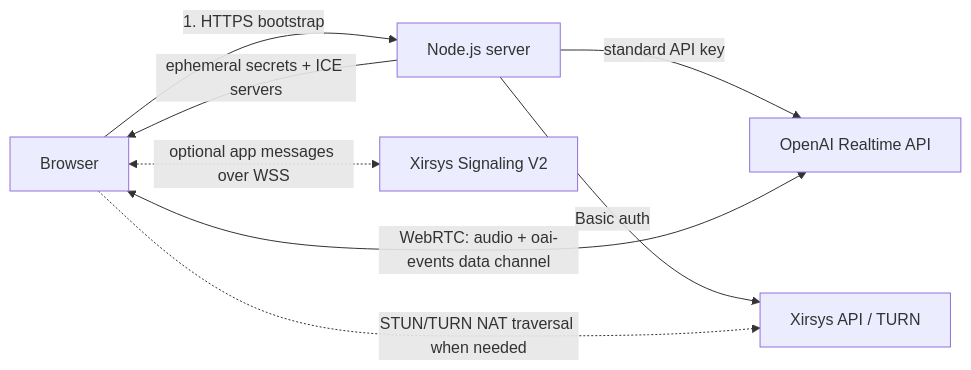
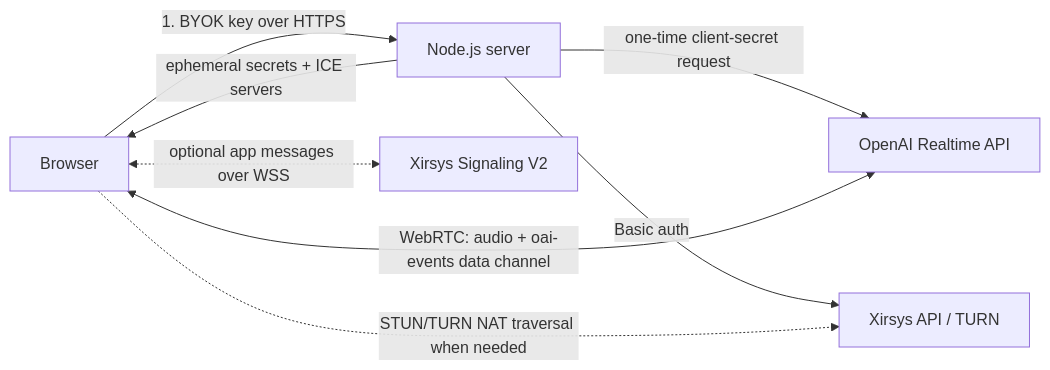
Before and after one commit to xirsys/openai-realtime-xirsys-webrtc: the diagram in README.md, drawn with Mermaid. The commit also changed other lines of this file and 7 other files, not shown here.

````diff
--- a/README.md
+++ b/README.md
@@ -29,16 +29,16 @@
 ```mermaid
 flowchart LR
     B["Browser"]
     S["Node.js server"]
     O["OpenAI Realtime API"]
     X["Xirsys API / TURN"]
     XS["Xirsys Signaling V2"]
 
-    B -- "1. HTTPS bootstrap" --> S
-    S -- "standard API key" --> O
+    B -- "1. BYOK key over HTTPS" --> S
+    S -- "one-time client-secret request" --> O
     S -- "Basic auth" --> X
     S -- "ephemeral secrets + ICE servers" --> B
     B <-->|"WebRTC: audio + oai-events data channel"| O
     B -. "STUN/TURN NAT traversal when needed" .-> X
     B <-. "optional app messages over WSS" .-> XS
 ```
````
